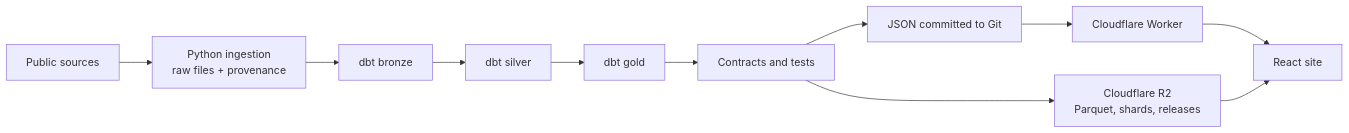
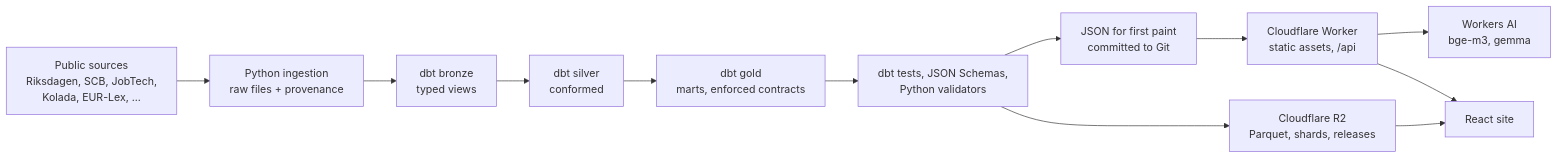
Before and after one commit to korv9/anton-portfolio: the diagram in README.md, drawn with Mermaid. The commit also changed other lines of this file and 90 other files, not shown here.

````diff
--- a/README.md
+++ b/README.md
@@ -16,13 +38,14 @@
 ```mermaid
 flowchart LR
-  S[Public sources] --> I[Python ingestion<br/>raw files + provenance]
-  I --> B[dbt bronze]
-  B --> Sv[dbt silver]
-  Sv --> G[dbt gold]
-  G --> T[Contracts and tests]
-  T --> J[JSON committed to Git]
+  S[Public sources<br/>Riksdagen, SCB, JobTech,<br/>Kolada, EUR-Lex, ...] --> I[Python ingestion<br/>raw files + provenance]
+  I --> B[dbt bronze<br/>typed views]
+  B --> Sv[dbt silver<br/>conformed]
+  Sv --> G[dbt gold<br/>marts, enforced contracts]
+  G --> T[dbt tests, JSON Schemas,<br/>Python validators]
+  T --> J[JSON for first paint<br/>committed to Git]
   T --> R[Cloudflare R2<br/>Parquet, shards, releases]
-  J --> W[Cloudflare Worker]
+  J --> W[Cloudflare Worker<br/>static assets, /api]
+  W --> AI[Workers AI<br/>bge-m3, gemma]
   W --> Site[React site]
   R --> Site
 ```
````
